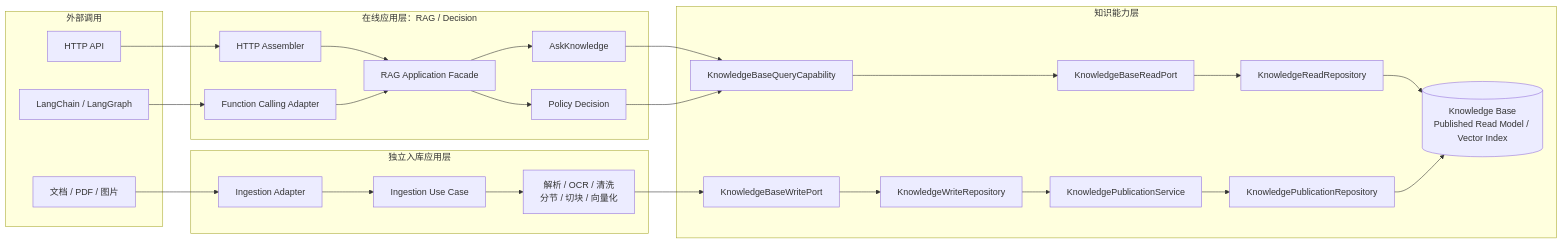
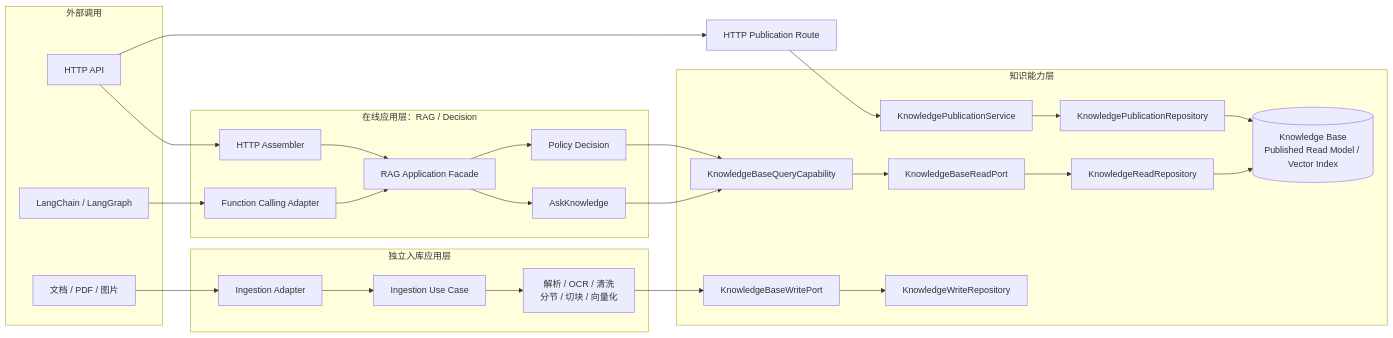
One commit to Hr222/bid-document-agent changed the third of 3 diagrams in ARCHITECTURE.md. Above: the diagram before and after it, drawn with Mermaid. The commit also changed other lines of this file and 68 other files, not shown here.

````diff
--- a/ARCHITECTURE.md
+++ b/ARCHITECTURE.md
@@ -194,56 +197,59 @@
 ```mermaid
 flowchart LR
     subgraph External["外部调用"]
         HTTP["HTTP API"]
         Agent["LangChain / LangGraph"]
         Source["文档 / PDF / 图片"]
     end
 
     subgraph Online["在线应用层：RAG / Decision"]
         HttpAdapter["HTTP Assembler"]
         ToolAdapter["Function Calling Adapter"]
         Facade["RAG Application Facade"]
         Ask["AskKnowledge"]
         Decision["Policy Decision"]
     end
 
     subgraph Knowledge["知识能力层"]
         Query["KnowledgeBaseQueryCapability"]
         Read["KnowledgeBaseReadPort"]
         ReadRepo["KnowledgeReadRepository"]
         Write["KnowledgeBaseWritePort"]
         WriteRepo["KnowledgeWriteRepository"]
         Publish["KnowledgePublicationService"]
         PublishRepo["KnowledgePublicationRepository"]
         Store[("Knowledge Base<br/>Published Read Model / Vector Index")]
     end
 
     subgraph Ingestion["独立入库应用层"]
         IngestAdapter["Ingestion Adapter"]
         Ingest["Ingestion Use Case"]
         Pipeline["解析 / OCR / 清洗<br/>分节 / 切块 / 向量化"]
     end
 
+    PublicationHttp["HTTP Publication Route"]
+
     HTTP --> HttpAdapter
+    HTTP --> PublicationHttp
     Agent --> ToolAdapter
 
     HttpAdapter --> Facade
     ToolAdapter --> Facade
     Facade --> Ask
     Facade --> Decision
 
     Ask --> Query
     Decision --> Query
     Query --> Read
     Read --> ReadRepo
     ReadRepo --> Store
 
     Source --> IngestAdapter
     IngestAdapter --> Ingest
     Ingest --> Pipeline
     Pipeline --> Write
     Write --> WriteRepo
-    WriteRepo --> Publish
+    PublicationHttp --> Publish
     Publish --> PublishRepo
     PublishRepo --> Store
 ```
````
